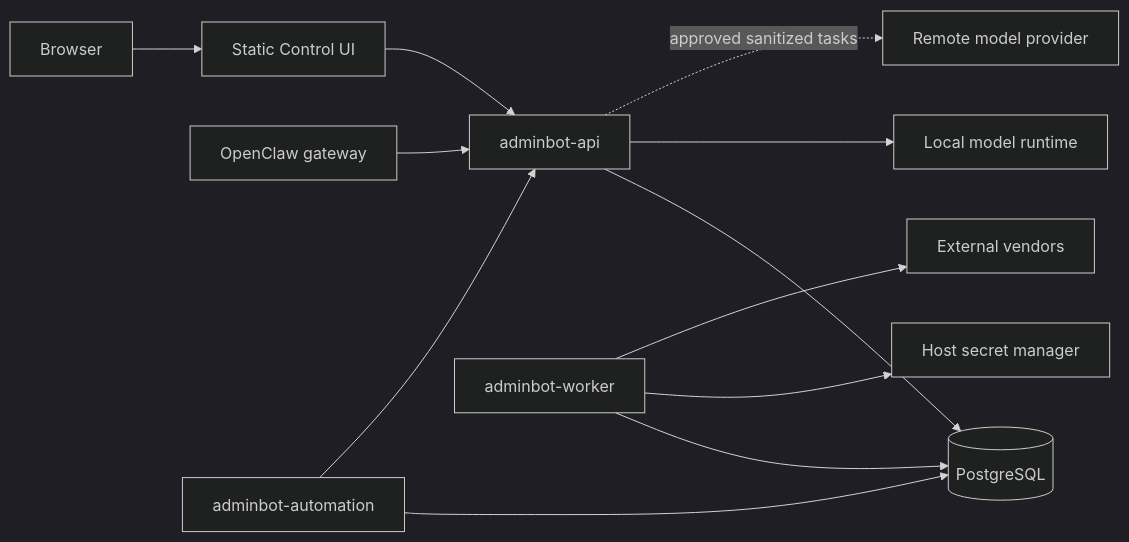
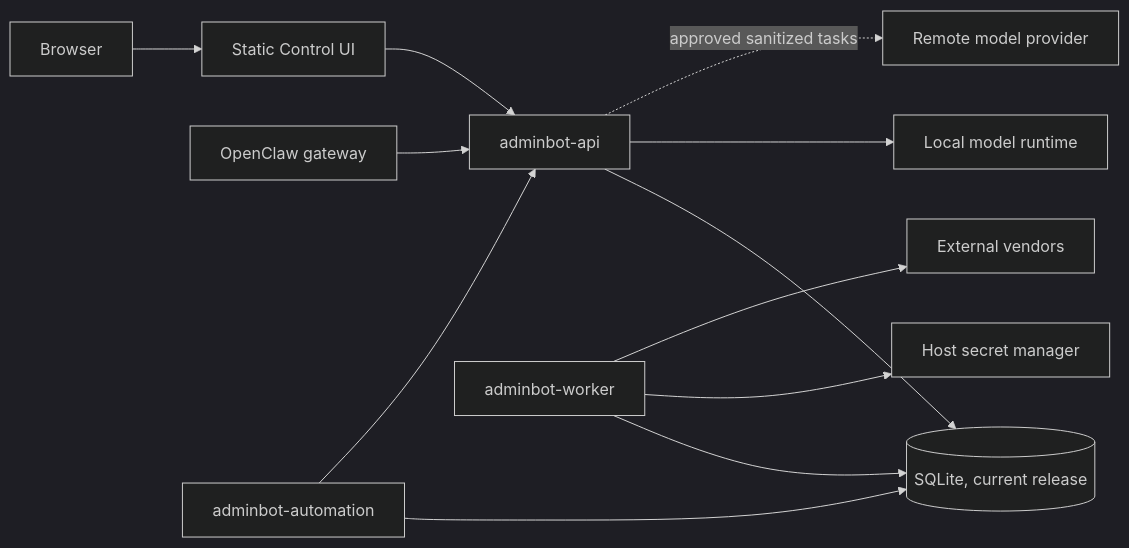
Before and after one commit to akhkim/adminbot: the fourth of 7 diagrams in ADMINBOT_V2_DESIGN.md, drawn with Mermaid (dark theme). The commit also changed other lines of this file and 78 other files, not shown here.

````diff
--- a/ADMINBOT_V2_DESIGN.md
+++ b/ADMINBOT_V2_DESIGN.md
@@ -766,14 +766,14 @@
 ```mermaid
 flowchart LR
   Browser[Browser] --> Web[Static Control UI]
   Web --> API[adminbot-api]
   Claw[OpenClaw gateway] --> API
-  API --> DB[(PostgreSQL)]
+  API --> DB[(SQLite, current release)]
   API --> Local[Local model runtime]
   API -. approved sanitized tasks .-> Remote[Remote model provider]
   Automation[adminbot-automation] --> DB
   Automation --> API
   Worker[adminbot-worker] --> DB
   Worker --> Secrets[Host secret manager]
   Worker --> Vendors[External vendors]
 ```
````
